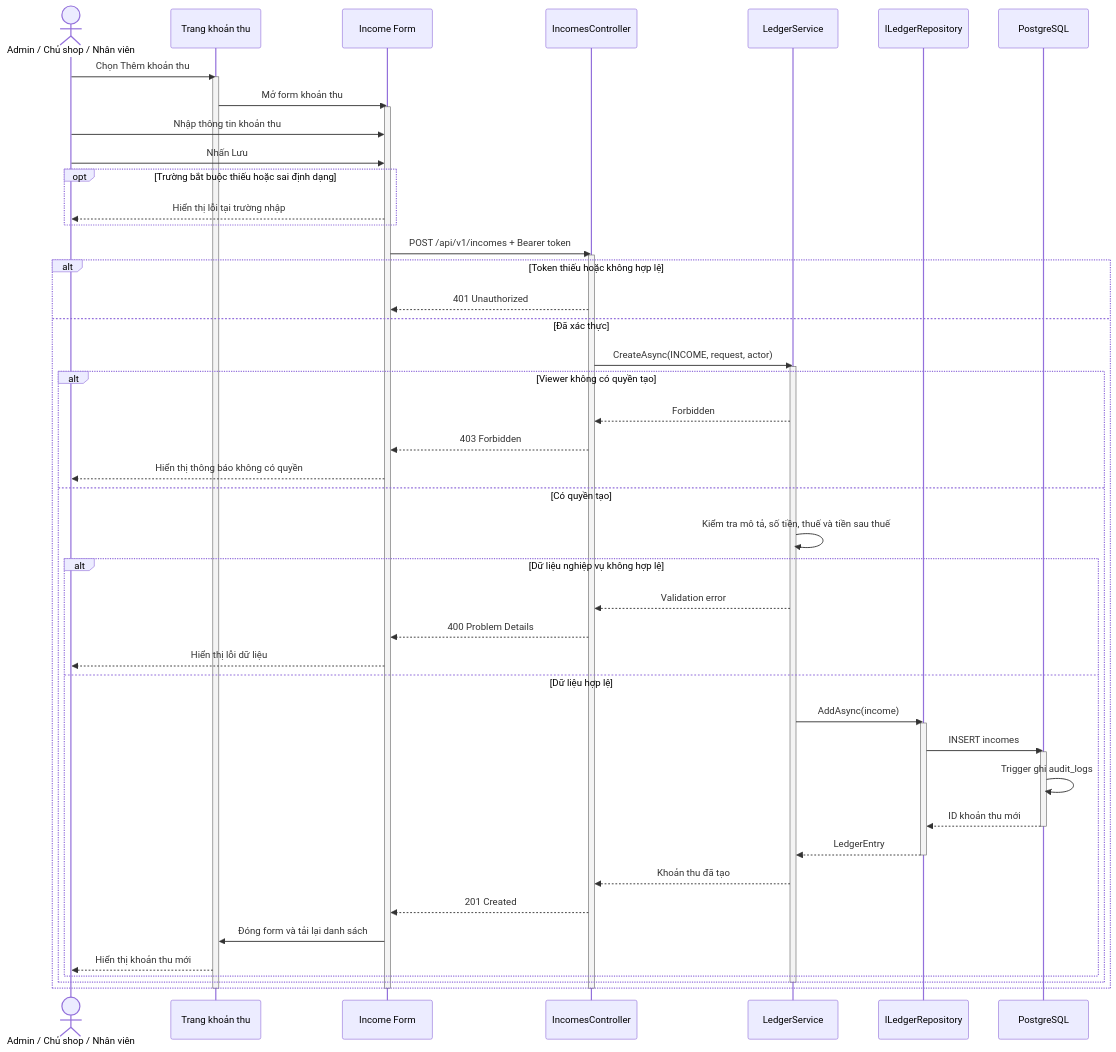
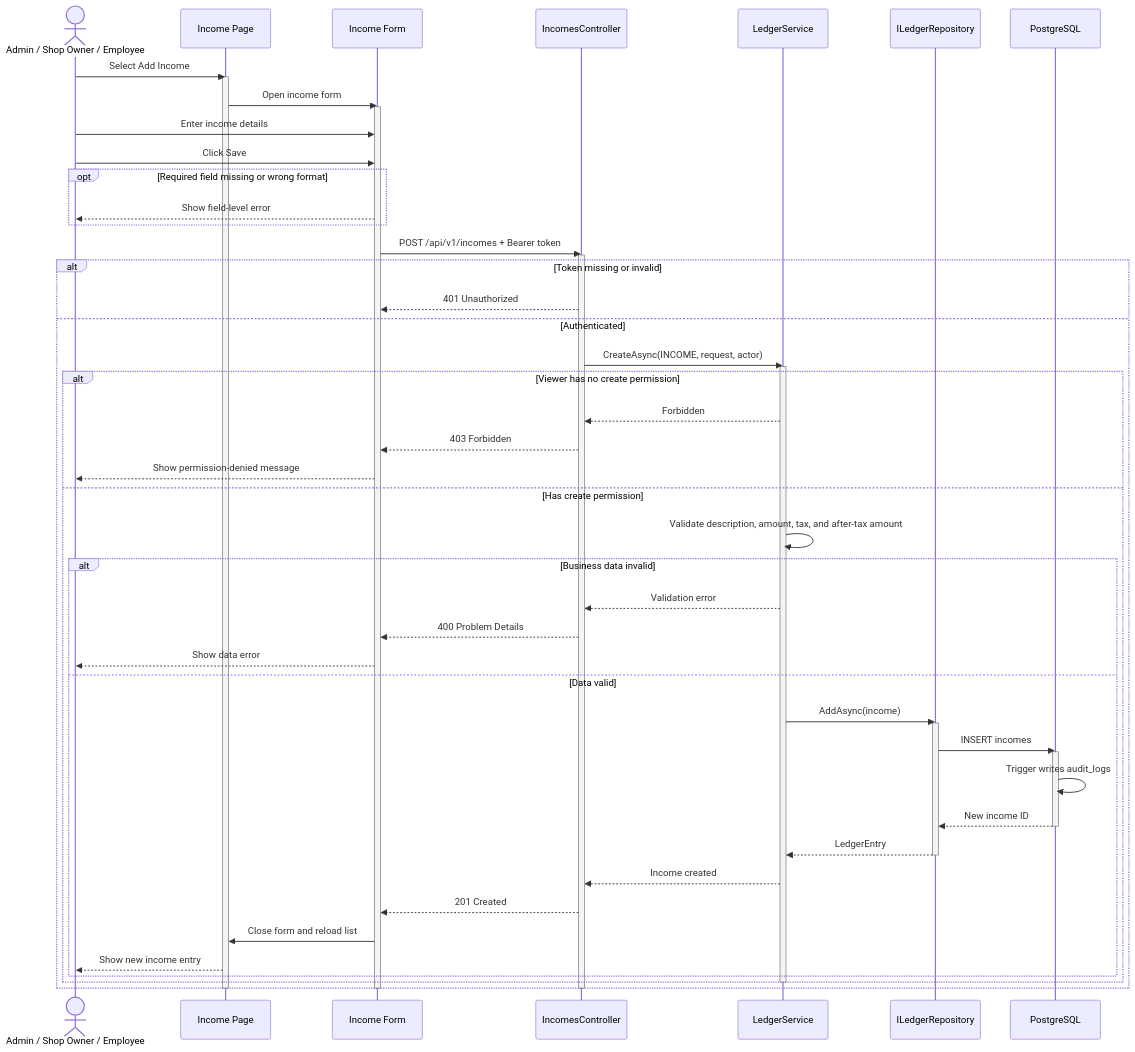
Before and after one commit to PhamHiep948/finance-manager: the second of 5 diagrams in docs/architecture/uml/02-sequence-diagrams.md, drawn with Mermaid. The commit also changed other lines of this file, not shown here.

Commit message:
update sequece diagram

````diff
--- a/docs/architecture/uml/02-sequence-diagrams.md
+++ b/docs/architecture/uml/02-sequence-diagrams.md
@@ -88,60 +88,60 @@
 ```mermaid
 sequenceDiagram
-    actor User as Admin / Chủ shop / Nhân viên
-    participant Page as Trang khoản thu
+    actor User as Admin / Shop Owner / Employee
+    participant Page as Income Page
     participant Form as Income Form
     participant API as IncomesController
     participant Service as LedgerService
     participant Repo as ILedgerRepository
     participant DB as PostgreSQL
 
-    User->>Page: Chọn Thêm khoản thu
+    User->>Page: Select Add Income
     activate Page
-    Page->>Form: Mở form khoản thu
+    Page->>Form: Open income form
     activate Form
-    User->>Form: Nhập thông tin khoản thu
-    User->>Form: Nhấn Lưu
+    User->>Form: Enter income details
+    User->>Form: Click Save
 
-    opt Trường bắt buộc thiếu hoặc sai định dạng
-        Form-->>User: Hiển thị lỗi tại trường nhập
+    opt Required field missing or wrong format
+        Form-->>User: Show field-level error
     end
 
     Form->>API: POST /api/v1/incomes + Bearer token
     activate API
-    alt Token thiếu hoặc không hợp lệ
+    alt Token missing or invalid
         API-->>Form: 401 Unauthorized
-    else Đã xác thực
+    else Authenticated
         API->>Service: CreateAsync(INCOME, request, actor)
         activate Service
-        alt Viewer không có quyền tạo
+        alt Viewer has no create permission
             Service-->>API: Forbidden
             API-->>Form: 403 Forbidden
-            Form-->>User: Hiển thị thông báo không có quyền
-        else Có quyền tạo
-            Service->>Service: Kiểm tra mô tả, số tiền, thuế và tiền sau thuế
-            alt Dữ liệu nghiệp vụ không hợp lệ
+            Form-->>User: Show permission-denied message
+        else Has create permission
+            Service->>Service: Validate description, amount, tax, and after-tax amount
+            alt Business data invalid
                 Service-->>API: Validation error
                 API-->>Form: 400 Problem Details
-                Form-->>User: Hiển thị lỗi dữ liệu
-            else Dữ liệu hợp lệ
+                Form-->>User: Show data error
+            else Data valid
                 Service->>Repo: AddAsync(income)
                 activate Repo
                 Repo->>DB: INSERT incomes
                 activate DB
-                DB->>DB: Trigger ghi audit_logs
-                DB-->>Repo: ID khoản thu mới
+                DB->>DB: Trigger writes audit_logs
+                DB-->>Repo: New income ID
                 deactivate DB
                 Repo-->>Service: LedgerEntry
                 deactivate Repo
-                Service-->>API: Khoản thu đã tạo
+                Service-->>API: Income created
                 API-->>Form: 201 Created
-                Form->>Page: Đóng form và tải lại danh sách
-                Page-->>User: Hiển thị khoản thu mới
+                Form->>Page: Close form and reload list
+                Page-->>User: Show new income entry
             end
         end
         deactivate Service
     end
     deactivate API
     deactivate Form
     deactivate Page
 ```
````
